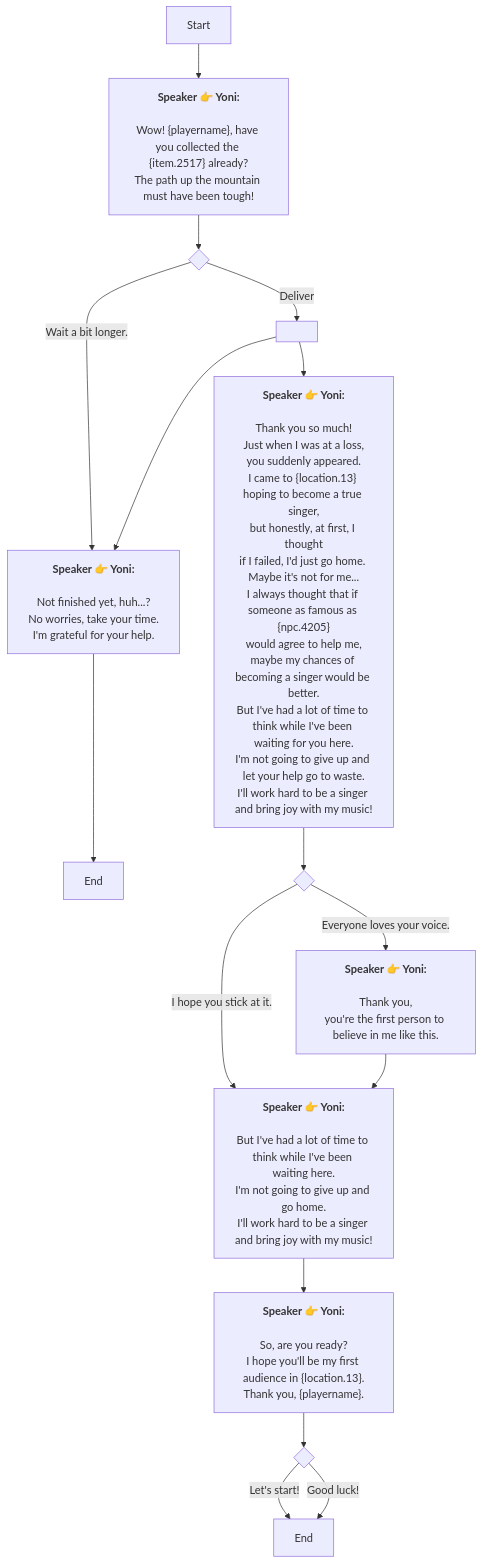
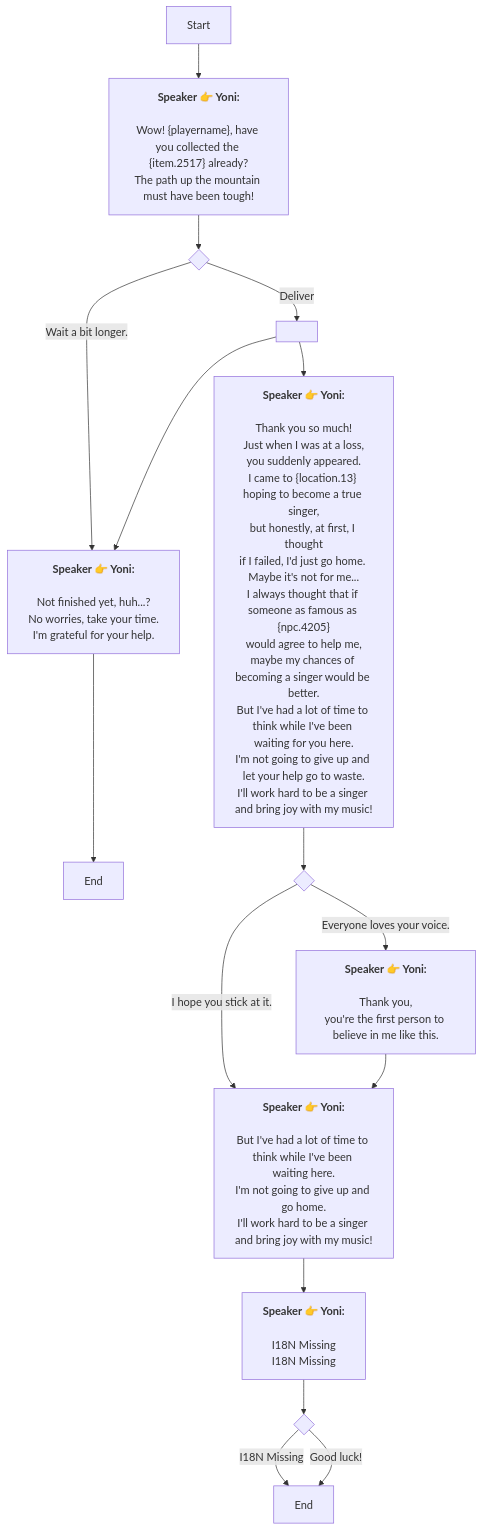
The diagram in En/QuestTalkObjectiveNode_1738288709847269.md (SoftHu/tos_avg), drawn with Mermaid before and after one commit. The commit also changed 199 other files, not shown here.

````diff
--- a/En/QuestTalkObjectiveNode_1738288709847269.md
+++ b/En/QuestTalkObjectiveNode_1738288709847269.md
@@ -1,58 +1,57 @@
 ```mermaid
 graph
 Start -->1738289650856011[<b>Speaker 👉 Yoni:</b>
 
 Wow! &lbrace;playername&rbrace;, have you collected the &lbrace;item.2517&rbrace; already?
 The path up the mountain must have been tough!]
 1738289650856011 -->1738289727664204{ }
 1738289727664204 -->|Wait a bit longer.|1738289799830612[<b>Speaker 👉 Yoni:</b>
 
 Not finished yet, huh...?
 No worries, take your time.
 I'm grateful for your help.]
 1738289727664204 -->|Deliver|1738289895128150[ ]
 1738289799830612 -->1742092930830630[End]
 1738289895128150 -->1738289799830612[<b>Speaker 👉 Yoni:</b>
 
 Not finished yet, huh...?
 No worries, take your time.
 I'm grateful for your help.]
 1738289895128150 -->1738289927962711[<b>Speaker 👉 Yoni:</b>
 
 Thank you so much!
 Just when I was at a loss,
 you suddenly appeared.
 I came to &lbrace;location.13&rbrace; hoping to become a true singer,
 but honestly, at first, I thought
 if I failed, I'd just go home. Maybe it's not for me...
 I always thought that if someone as famous as &lbrace;npc.4205&rbrace;
 would agree to help me,
 maybe my chances of becoming a singer would be better.
 But I've had a lot of time to think while I've been waiting for you here.
 I'm not going to give up and let your help go to waste.
 I'll work hard to be a singer and bring joy with my music!]
 1738289927962711 -->1738290568451160{ }
 1738290568451160 -->|I hope you stick at it.|1738290662682717[<b>Speaker 👉 Yoni:</b>
 
 But I've had a lot of time to think while I've been waiting here.
 I'm not going to give up and go home.
 I'll work hard to be a singer and bring joy with my music!]
 1738290568451160 -->|Everyone loves your voice.|1738290723810398[<b>Speaker 👉 Yoni:</b>
 
 Thank you,
 you're the first person to believe in me like this.]
 1738290662682717 -->1738290829012063[<b>Speaker 👉 Yoni:</b>
 
-So, are you ready?
-I hope you'll be my first audience in &lbrace;location.13&rbrace;.
-Thank you, &lbrace;playername&rbrace;.]
+I18N Missing
+I18N Missing]
 1738290829012063 -->1738290981140576{ }
-1738290981140576 -->|Let's start!|1738290998103141[End]
+1738290981140576 -->|I18N Missing|1738290998103141[End]
 1738290981140576 -->|Good luck!|1738290998103141[End]
 1738290723810398 -->1738290662682717[<b>Speaker 👉 Yoni:</b>
 
 But I've had a lot of time to think while I've been waiting here.
 I'm not going to give up and go home.
 I'll work hard to be a singer and bring joy with my music!]
 
  ```
````
